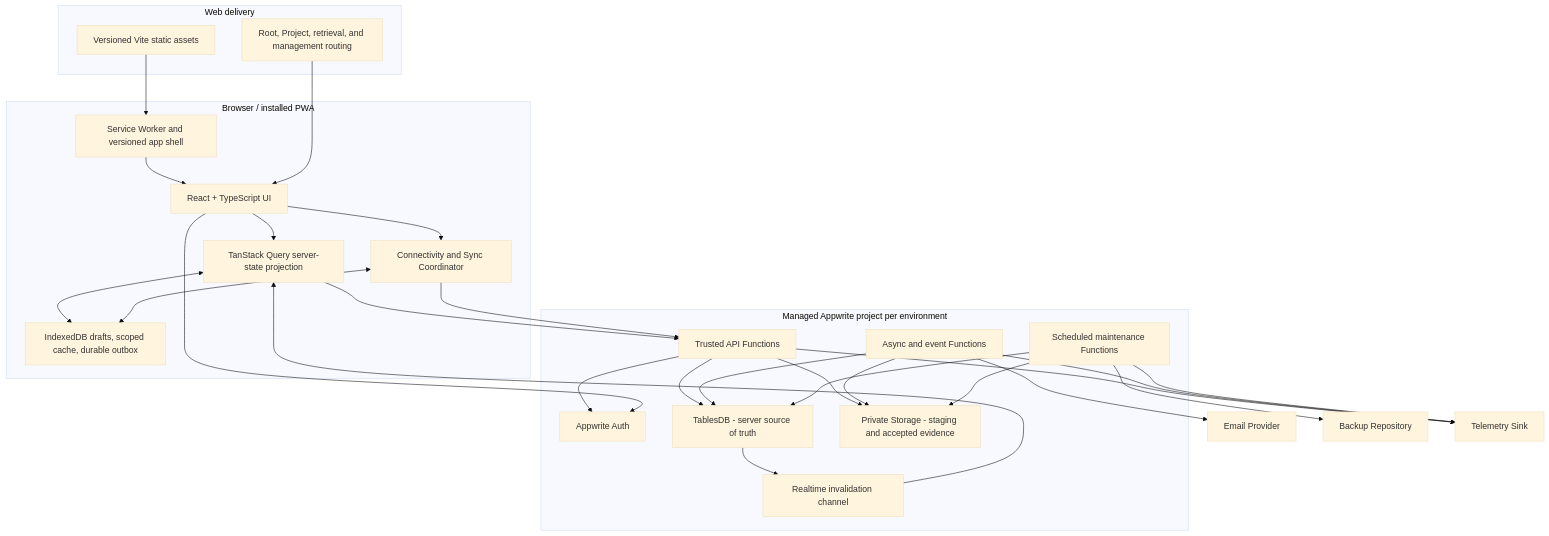
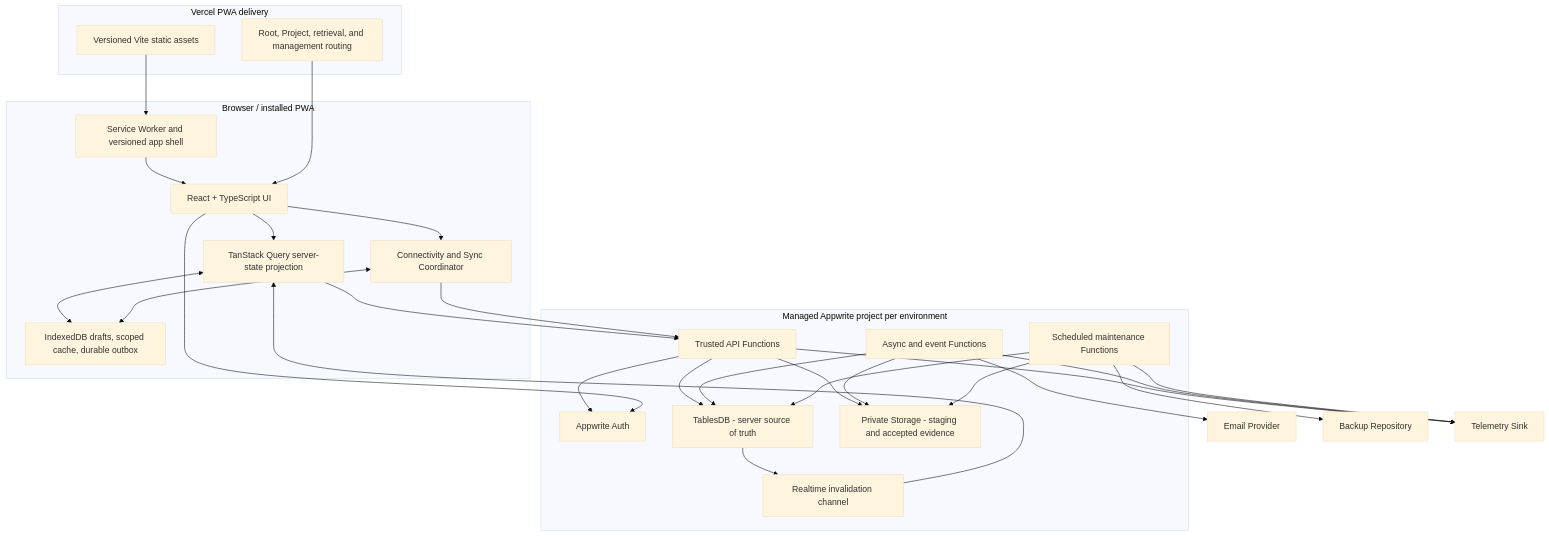
One commit to Y4NN777/y7-feedback-mngt-system changed the second of 5 diagrams in docs/07_ARCHITECTURE.md. Above: the diagram before and after it, drawn with Mermaid (base theme). The commit also changed other lines of this file and 1 other file, not shown here.

Commit message:
docs: select Vercel for PWA hosting

````diff
--- a/docs/07_ARCHITECTURE.md
+++ b/docs/07_ARCHITECTURE.md
@@ -72,55 +72,55 @@
 ```mermaid
 flowchart TB
     subgraph Browser[Browser / installed PWA]
         UI[React + TypeScript UI]
         Query[TanStack Query server-state projection]
         Sync[Connectivity and Sync Coordinator]
         Local[IndexedDB drafts, scoped cache, durable outbox]
         SW[Service Worker and versioned app shell]
         UI --> Query
         UI --> Sync
         Query <--> Local
         Sync <--> Local
         SW --> UI
     end
 
-    subgraph Delivery[Web delivery]
+    subgraph Delivery[Vercel PWA delivery]
         Static[Versioned Vite static assets]
         Route[Root, Project, retrieval, and management routing]
     end
 
     subgraph Appwrite[Managed Appwrite project per environment]
         Auth[Appwrite Auth]
         API[Trusted API Functions]
         Worker[Async and event Functions]
         Scheduler[Scheduled maintenance Functions]
         DB[TablesDB - server source of truth]
         Storage[Private Storage - staging and accepted evidence]
         Realtime[Realtime invalidation channel]
 
         API --> Auth
         API --> DB
         API --> Storage
         Worker --> DB
         Worker --> Storage
         Scheduler --> DB
         Scheduler --> Storage
         DB --> Realtime
     end
 
     Mail[Email Provider]
     Backup[Backup Repository]
     Telemetry[Telemetry Sink]
 
     Static --> SW
     Route --> UI
     Query --> API
     Sync --> API
     UI --> Auth
     Realtime --> Query
     Worker --> Mail
     Scheduler --> Backup
     API --> Telemetry
     Worker --> Telemetry
     Scheduler --> Telemetry
 ```
````
